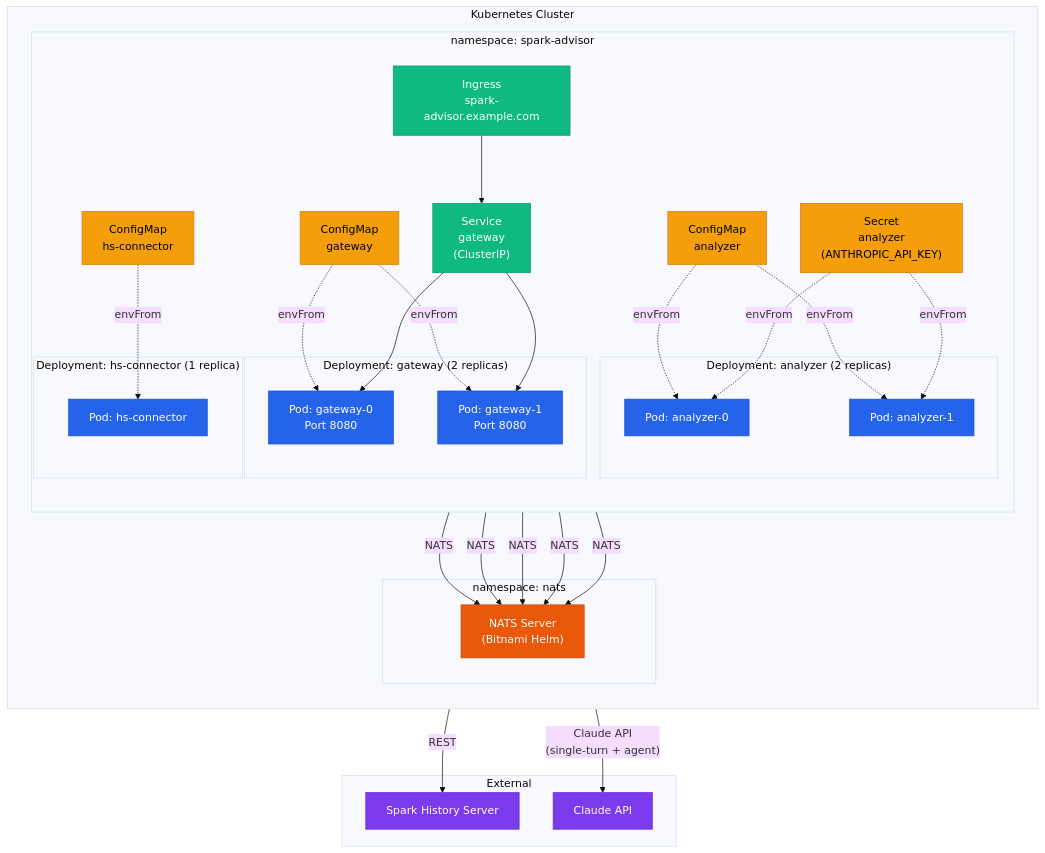
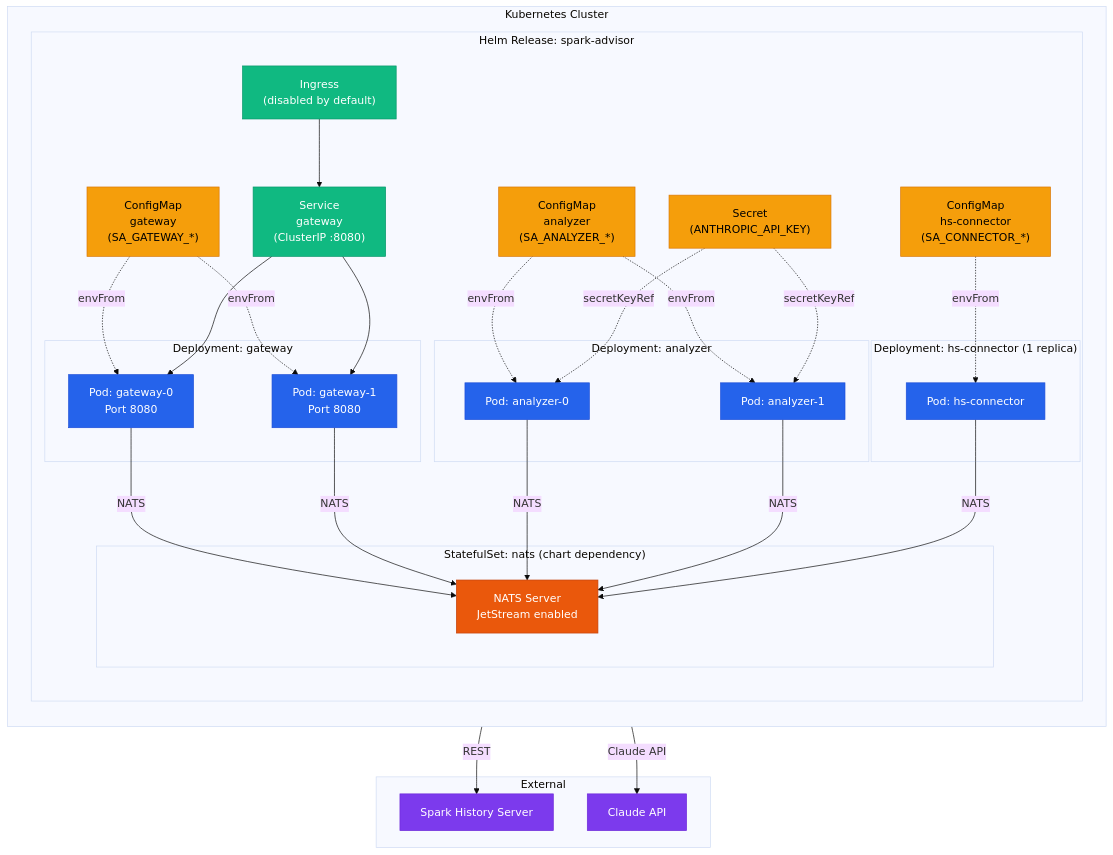
Before and after one commit to pstysz/spark-advisor: the diagram in docs/diagrams/06-k8s-deployment.mmd, drawn with Mermaid (base theme). The commit also changed 12 other files, not shown here.

```diff
--- a/docs/diagrams/06-k8s-deployment.mmd
+++ b/docs/diagrams/06-k8s-deployment.mmd
@@ -1,71 +1,71 @@
 graph TB
     subgraph k8s["Kubernetes Cluster"]
         direction TB
 
-        subgraph ns["namespace: spark-advisor"]
+        subgraph ns["Helm Release: spark-advisor"]
             direction TB
 
-            subgraph gw_deploy["Deployment: gateway (2 replicas)"]
+            subgraph gw_deploy["Deployment: gateway"]
                 POD_GW1["Pod: gateway-0<br/>Port 8080"]
                 POD_GW2["Pod: gateway-1<br/>Port 8080"]
             end
 
-            subgraph analyzer_deploy["Deployment: analyzer (2 replicas)"]
+            subgraph analyzer_deploy["Deployment: analyzer"]
                 POD_A1["Pod: analyzer-0"]
                 POD_A2["Pod: analyzer-1"]
             end
 
             subgraph conn_deploy["Deployment: hs-connector (1 replica)"]
                 POD_C["Pod: hs-connector"]
             end
 
-            CM_GW["ConfigMap<br/>gateway"]
-            CM_A["ConfigMap<br/>analyzer"]
-            CM_C["ConfigMap<br/>hs-connector"]
-            SECRET["Secret<br/>analyzer<br/>(ANTHROPIC_API_KEY)"]
-            SVC_GW["Service<br/>gateway<br/>(ClusterIP)"]
-            INGRESS["Ingress<br/>spark-advisor.example.com"]
-        end
+            CM_GW["ConfigMap<br/>gateway<br/>(SA_GATEWAY_*)"]
+            CM_A["ConfigMap<br/>analyzer<br/>(SA_ANALYZER_*)"]
+            CM_C["ConfigMap<br/>hs-connector<br/>(SA_CONNECTOR_*)"]
+            SECRET["Secret<br/>(ANTHROPIC_API_KEY)"]
+            SVC_GW["Service<br/>gateway<br/>(ClusterIP :8080)"]
+            INGRESS["Ingress<br/>(disabled by default)"]
 
-        subgraph nats_ns["namespace: nats"]
-            NATS["NATS Server<br/>(Bitnami Helm)"]
+            subgraph nats_sts["StatefulSet: nats (chart dependency)"]
+                NATS["NATS Server<br/>JetStream enabled"]
+            end
         end
     end
 
     subgraph external["External"]
         HS_EXT["Spark History Server"]
         CLAUDE["Claude API"]
     end
 
     CM_GW -.->|envFrom| POD_GW1
     CM_GW -.->|envFrom| POD_GW2
     CM_A -.->|envFrom| POD_A1
     CM_A -.->|envFrom| POD_A2
-    SECRET -.->|envFrom| POD_A1
-    SECRET -.->|envFrom| POD_A2
+    SECRET -.->|secretKeyRef| POD_A1
+    SECRET -.->|secretKeyRef| POD_A2
     CM_C -.->|envFrom| POD_C
 
     INGRESS --> SVC_GW
     SVC_GW --> POD_GW1
     SVC_GW --> POD_GW2
 
     POD_GW1 -->|"NATS"| NATS
     POD_GW2 -->|"NATS"| NATS
     POD_A1 -->|"NATS"| NATS
     POD_A2 -->|"NATS"| NATS
     POD_C -->|"NATS"| NATS
 
     POD_C -->|"REST"| HS_EXT
-    POD_A1 -->|"Claude API<br/>(single-turn + agent)"| CLAUDE
+    POD_A1 -->|"Claude API"| CLAUDE
 
     classDef podStyle fill:#2563eb,stroke:#1d4ed8,color:#fff
     classDef cfgStyle fill:#f59e0b,stroke:#d97706,color:#000
     classDef natsStyle fill:#ea580c,stroke:#c2410c,color:#fff
     classDef extStyle fill:#7c3aed,stroke:#6d28d9,color:#fff
     classDef netStyle fill:#10b981,stroke:#059669,color:#fff
 
     class POD_GW1,POD_GW2,POD_A1,POD_A2,POD_C podStyle
     class CM_GW,CM_A,CM_C,SECRET cfgStyle
     class NATS natsStyle
     class HS_EXT,CLAUDE extStyle
     class SVC_GW,INGRESS netStyle
```
